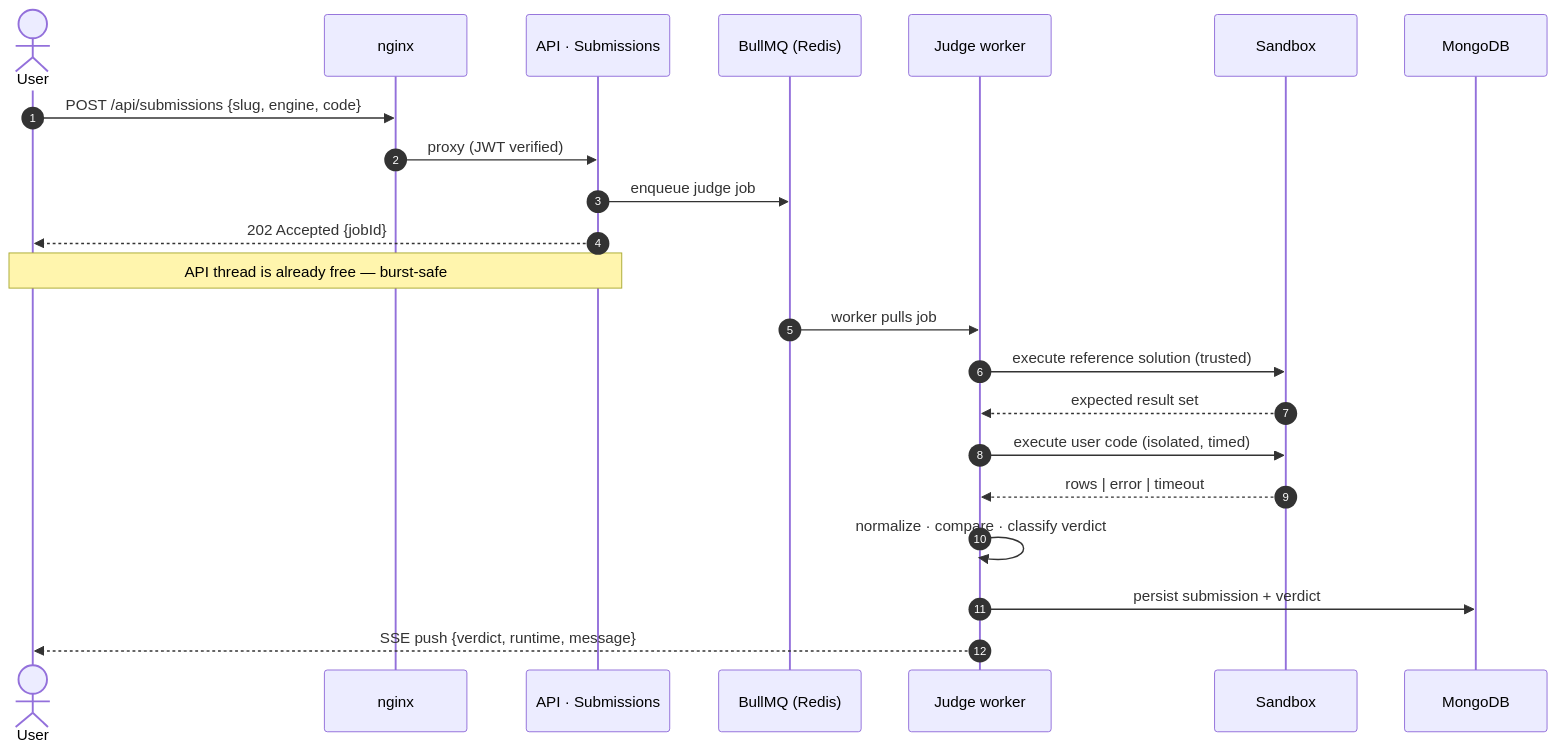
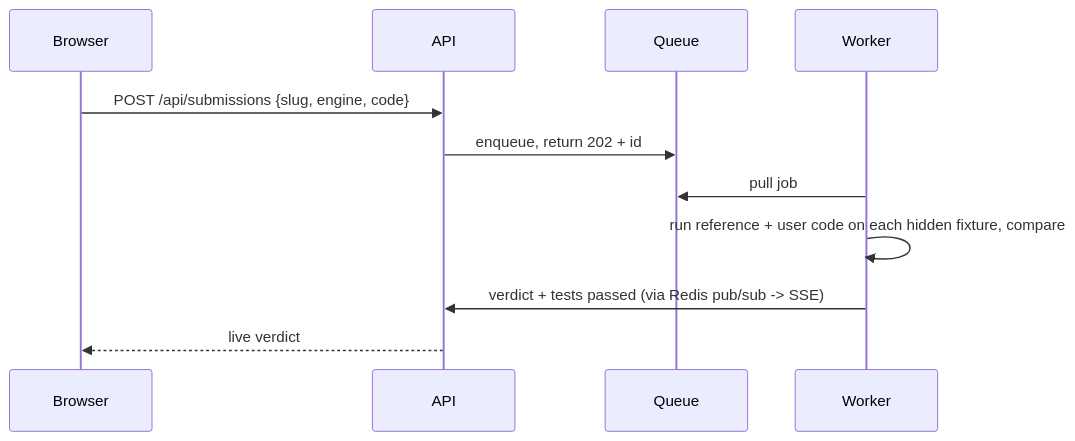
Before and after one commit to ps-research/DataDojo: the second of 2 diagrams in docs/HLD.md, drawn with Mermaid. The commit also changed other lines of this file and 7 other files, not shown here.

````diff
--- a/docs/HLD.md
+++ b/docs/HLD.md
@@ -194,25 +46,13 @@
 ```mermaid
 sequenceDiagram
-    autonumber
-    actor U as User
-    participant N as nginx
-    participant A as API · Submissions
-    participant Q as BullMQ (Redis)
-    participant W as Judge worker
-    participant S as Sandbox
-    participant M as MongoDB
-
-    U->>N: POST /api/submissions {slug, engine, code}
-    N->>A: proxy (JWT verified)
-    A->>Q: enqueue judge job
-    A-->>U: 202 Accepted {jobId}
-    Note over U,A: API thread is already free — burst-safe
-    Q->>W: worker pulls job
-    W->>S: execute reference solution (trusted)
-    S-->>W: expected result set
-    W->>S: execute user code (isolated, timed)
-    S-->>W: rows | error | timeout
-    W->>W: normalize · compare · classify verdict
-    W->>M: persist submission + verdict
-    W-->>U: SSE push {verdict, runtime, message}
+    participant U as Browser
+    participant A as API
+    participant Q as Queue
+    participant W as Worker
+    U->>A: POST /api/submissions {slug, engine, code}
+    A->>Q: enqueue, return 202 + id
+    W->>Q: pull job
+    W->>W: run reference + user code on each hidden fixture, compare
+    W->>A: verdict + tests passed (via Redis pub/sub -> SSE)
+    A-->>U: live verdict
 ```
````
